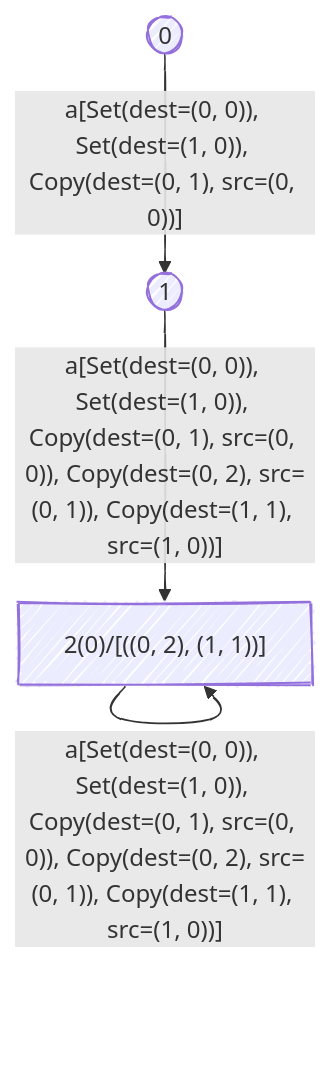
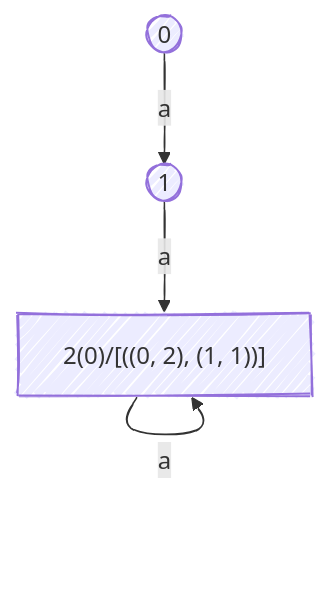
One commit to moonbitlang/moonlex-old changed the diagram in src/lib/tests/__snapshot__/dfa_a_star_capture.md. Above: the diagram before and after it, drawn with Mermaid. The commit also changed 12 other files, not shown here.

````diff
--- a/src/lib/tests/__snapshot__/dfa_a_star_capture.md
+++ b/src/lib/tests/__snapshot__/dfa_a_star_capture.md
@@ -1,13 +1,13 @@
 ```mermaid
 ---
   config:
     look: handDrawn
 ---
 graph TD
-0-->|"a[Set(dest=(0, 0)), Set(dest=(1, 0)), Copy(dest=(0, 1), src=(0, 0))]"|1
-1-->|"a[Set(dest=(0, 0)), Set(dest=(1, 0)), Copy(dest=(0, 1), src=(0, 0)), Copy(dest=(0, 2), src=(0, 1)), Copy(dest=(1, 1), src=(1, 0))]"|2
-2-->|"a[Set(dest=(0, 0)), Set(dest=(1, 0)), Copy(dest=(0, 1), src=(0, 0)), Copy(dest=(0, 2), src=(0, 1)), Copy(dest=(1, 1), src=(1, 0))]"|2
+0-->|"a"|1
+1-->|"a"|2
+2-->|"a"|2
 0((0))
 1((1))
 2["2(0)/[((0, 2), (1, 1))]"]
 ```
````
